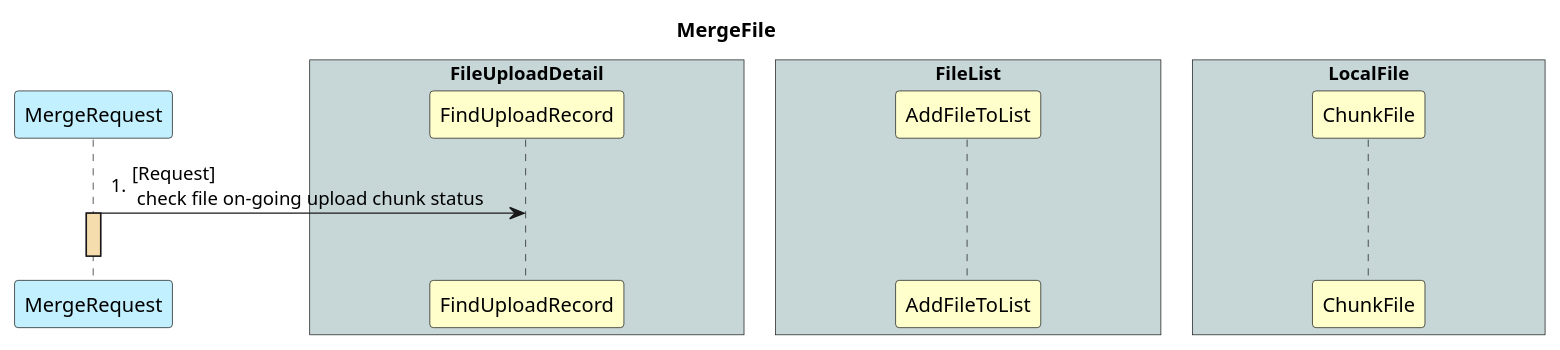
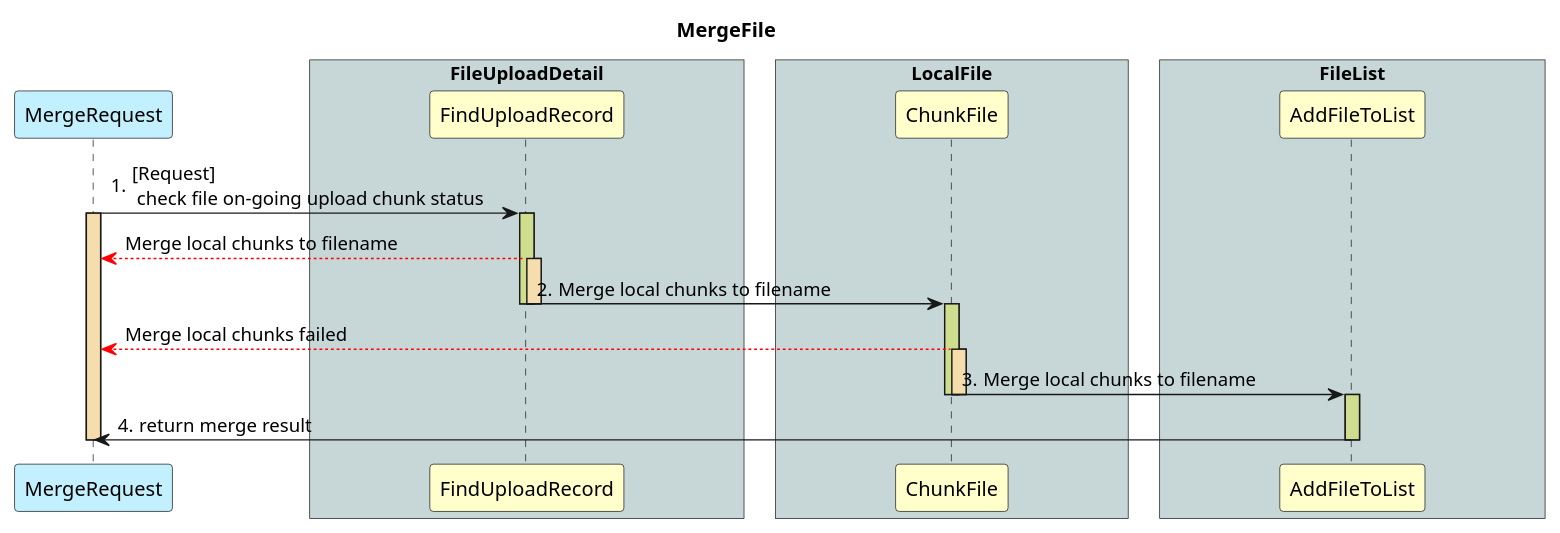
Before and after one commit to jim0409/go-third-party: the diagram in file_upload/chunk_upload/doc/merge.puml, drawn with PlantUML. The commit also changed 4 other files, not shown here.

First line of the commit message:
misc: modify puml flow and check merge file mechanism

```diff
--- a/file_upload/chunk_upload/doc/merge.puml
+++ b/file_upload/chunk_upload/doc/merge.puml
@@ -1,29 +1,55 @@
 @startuml
+
+' activate 進入 #F5DDAD
+' activate 主線 #CFDD8E
+' activate 支線 #F5DDAD
 
 title MergeFile
 
 skinparam ParticipantPadding 80
 skinparam BoxPadding 10
 
 participant "MergeRequest" as MergeRequest #APPLICATION
 
 box "FileUploadDetail" #C7D7D8
 participant "FindUploadRecord" as FindUploadRecord #BUSINESS
 end box
 
+box "LocalFile" #C7D7D8
+participant "ChunkFile" as ChunkFile #BUSINESS
+end box
+
 box "FileList" #C7D7D8
 participant "AddFileToList" as AddFileToList #BUSINESS
-end box
-
-box "LocalFile" #C7D7D8
-participant "ChunkFile" as ChunkFile #BUSINESS
 end box
 
 autonumber "0."
 
 MergeRequest -> FindUploadRecord : [Request]\n check file on-going upload chunk status
 activate MergeRequest #F5DDAD
 
+activate FindUploadRecord #CFDD8E
+autonumber stop
+FindUploadRecord -[#red]-> MergeRequest : Merge local chunks to filename
+autonumber resume
+activate FindUploadRecord #F5DDAD
+FindUploadRecord -> ChunkFile : Merge local chunks to filename
+deactivate FindUploadRecord
+deactivate FindUploadRecord
+
+activate ChunkFile #CFDD8E
+autonumber stop
+ChunkFile -[#red]-> MergeRequest : Merge local chunks failed
+autonumber resume
+activate ChunkFile #F5DDAD
+ChunkFile -> AddFileToList : Merge local chunks to filename
+deactivate ChunkFile
+deactivate ChunkFile
+
+activate AddFileToList #CFDD8E
+AddFileToList -> MergeRequest : return merge result
+deactivate AddFileToList
+
 deactivate MergeRequest
 
 @enduml
```
